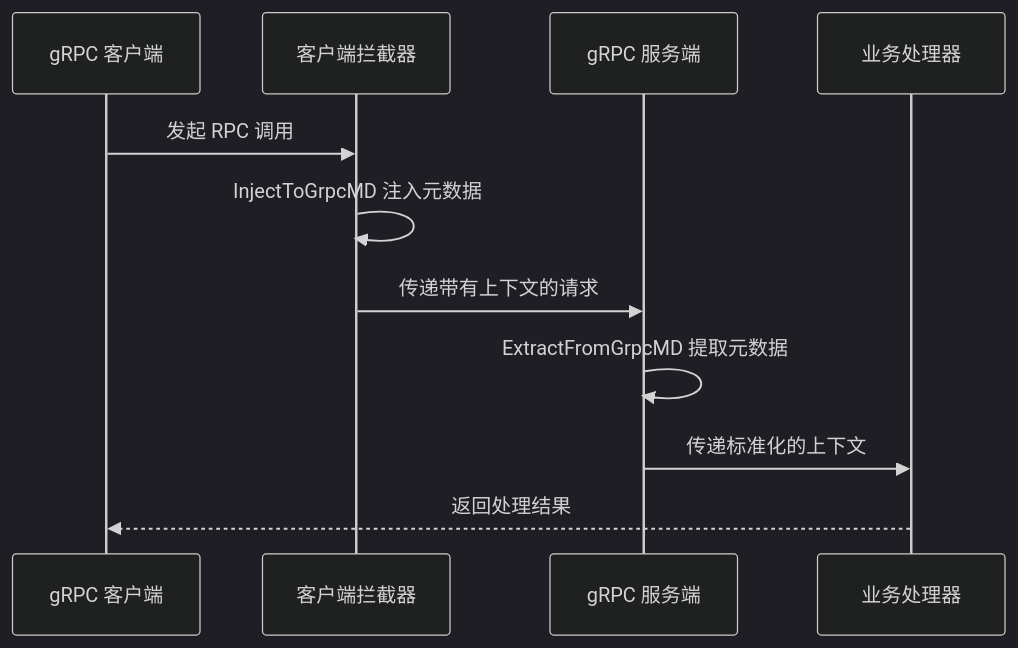
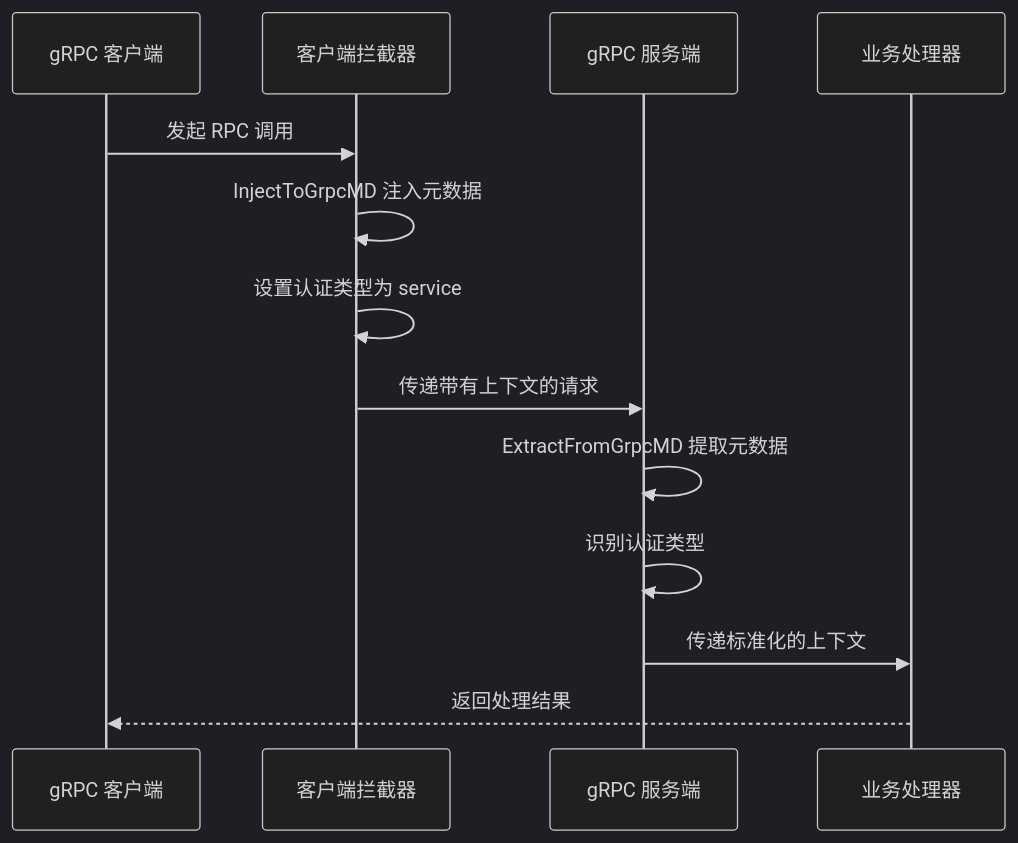
Before and after one commit to maomao94/zero-service: the fifth of 11 diagrams in .qoder/repowiki/zh/content/Ctxdata Context Management.md, drawn with Mermaid (dark theme). The commit also changed other lines of this file and 7 other files, not shown here.

````diff
--- a/.qoder/repowiki/zh/content/Ctxdata Context Management.md
+++ b/.qoder/repowiki/zh/content/Ctxdata Context Management.md
@@ -191,13 +241,15 @@
 ```mermaid
 sequenceDiagram
 participant Client as gRPC 客户端
 participant Interceptor as 客户端拦截器
 participant Server as gRPC 服务端
 participant Handler as 业务处理器
 Client->>Interceptor : 发起 RPC 调用
 Interceptor->>Interceptor : InjectToGrpcMD 注入元数据
+Interceptor->>Interceptor : 设置认证类型为 service
 Interceptor->>Server : 传递带有上下文的请求
 Server->>Server : ExtractFromGrpcMD 提取元数据
+Server->>Server : 识别认证类型
 Server->>Handler : 传递标准化的上下文
 Handler-->>Client : 返回处理结果
 ```
````
